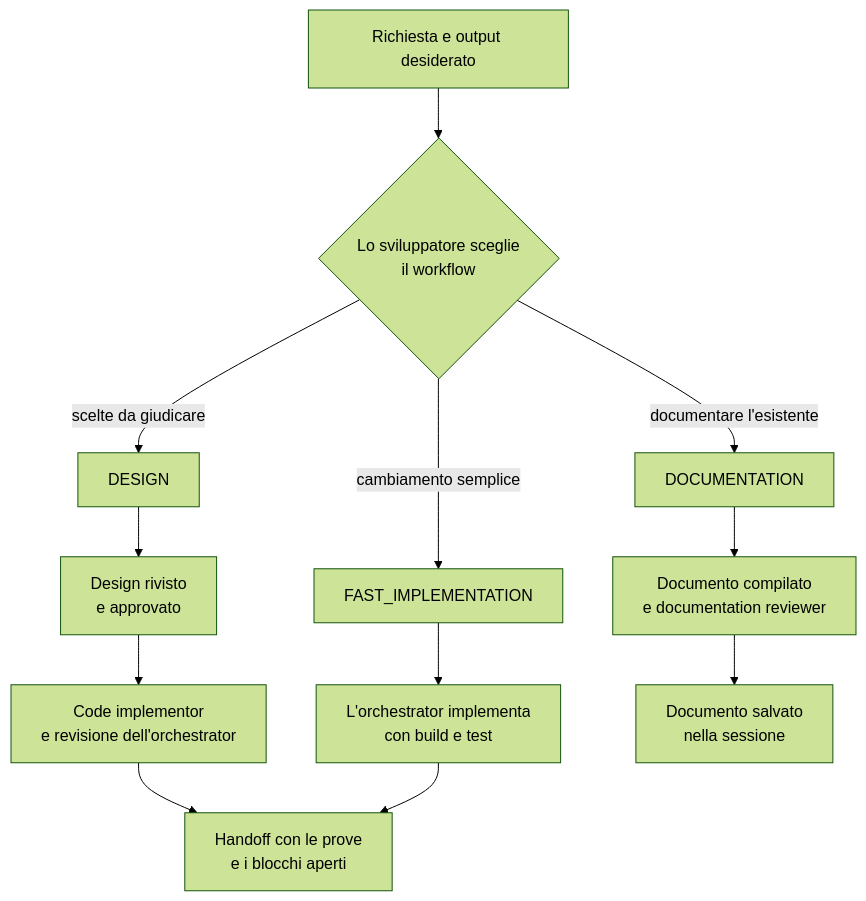
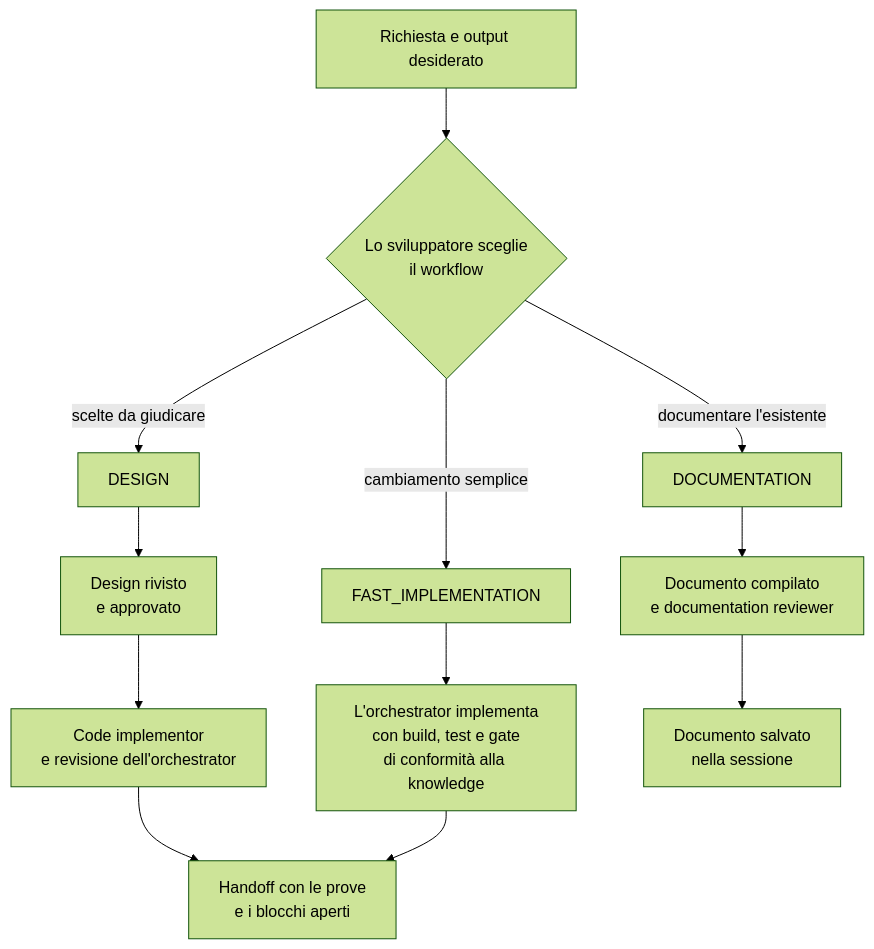
The second of 3 diagrams in orchestrator/reference/mappa-del-sistema.md (violabg/agentic-system-lessons), drawn with Mermaid (forest theme) before and after one commit. The commit also changed other lines of this file and 68 other files, not shown here.

````diff
--- a/orchestrator/reference/mappa-del-sistema.md
+++ b/orchestrator/reference/mappa-del-sistema.md
@@ -37,14 +37,14 @@
 ```mermaid
 flowchart TD
     Request[Richiesta e output desiderato] --> Choice{Lo sviluppatore sceglie<br/>il workflow}
     Choice -->|scelte da giudicare| Design[DESIGN]
     Design --> Approved[Design rivisto<br/>e approvato]
     Approved --> Impl1[Code implementor<br/>e revisione dell'orchestrator]
     Choice -->|cambiamento semplice| Fast[FAST_IMPLEMENTATION]
-    Fast --> Impl2[L'orchestrator implementa<br/>con build e test]
+    Fast --> Impl2[L'orchestrator implementa<br/>con build, test e gate<br/>di conformità alla knowledge]
     Choice -->|documentare l'esistente| Doc[DOCUMENTATION]
     Doc --> Review[Documento compilato<br/>e documentation reviewer]
     Impl1 --> Handoff[Handoff con le prove<br/>e i blocchi aperti]
     Impl2 --> Handoff
     Review --> Artifact[Documento salvato<br/>nella sessione]
 ```
````
